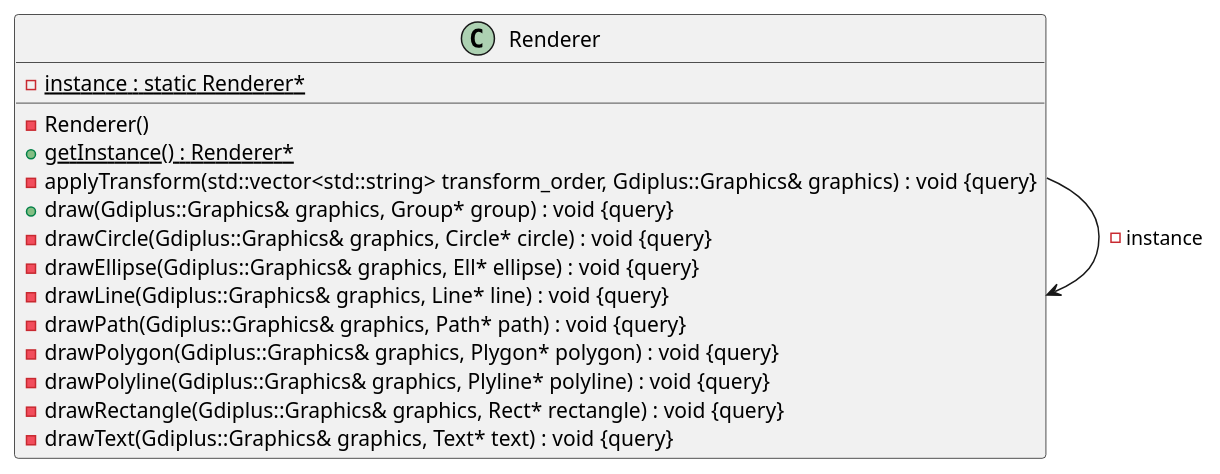
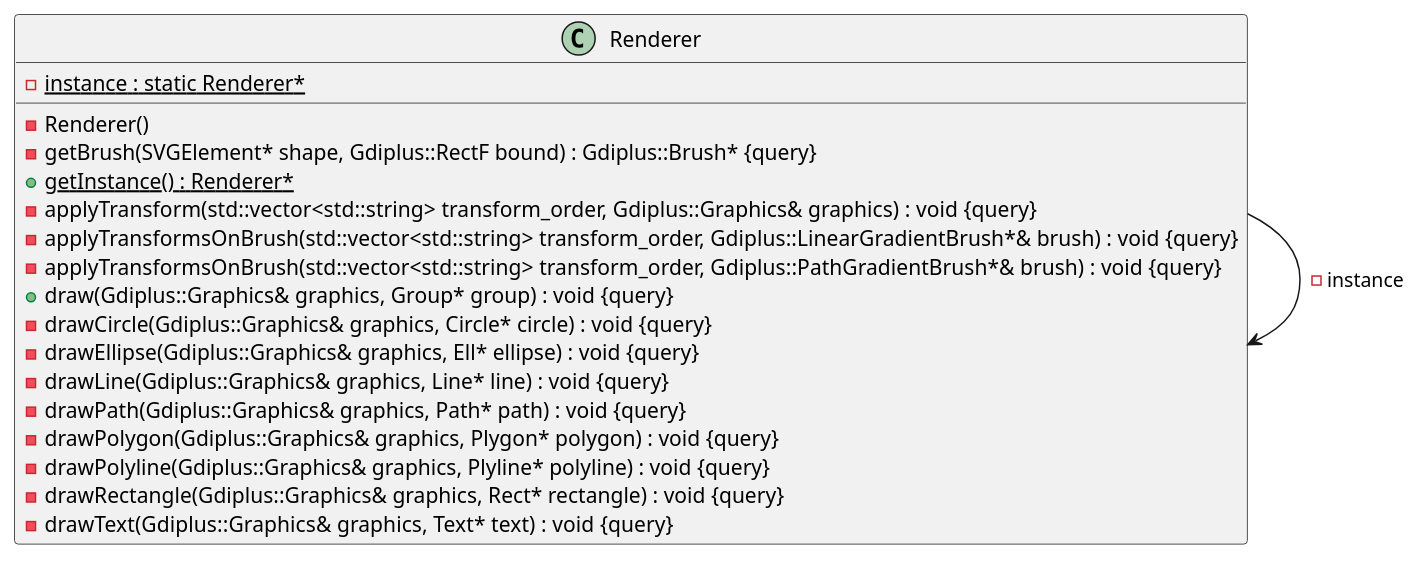
Before and after one commit to ntkwan/csc10003-svg-reader: the diagram in diagrams/Renderer.puml, drawn with PlantUML. The commit also changed 16 other files, not shown here.

First line of the commit message:
Update class diagrams

```diff
--- a/diagrams/Renderer.puml
+++ b/diagrams/Renderer.puml
@@ -1,47 +1,50 @@
 @startuml
 
 
 
 
 
 /' Objects '/
 
 class Renderer {
 	-Renderer()
+	-getBrush(SVGElement* shape, Gdiplus::RectF bound) : Gdiplus::Brush* {query}
 	+{static} getInstance() : Renderer*
 	-{static} instance : static Renderer*
 	-applyTransform(std::vector<std::string> transform_order, Gdiplus::Graphics& graphics) : void {query}
+	-applyTransformsOnBrush(std::vector<std::string> transform_order, Gdiplus::LinearGradientBrush*& brush) : void {query}
+	-applyTransformsOnBrush(std::vector<std::string> transform_order, Gdiplus::PathGradientBrush*& brush) : void {query}
 	+draw(Gdiplus::Graphics& graphics, Group* group) : void {query}
 	-drawCircle(Gdiplus::Graphics& graphics, Circle* circle) : void {query}
 	-drawEllipse(Gdiplus::Graphics& graphics, Ell* ellipse) : void {query}
 	-drawLine(Gdiplus::Graphics& graphics, Line* line) : void {query}
 	-drawPath(Gdiplus::Graphics& graphics, Path* path) : void {query}
 	-drawPolygon(Gdiplus::Graphics& graphics, Plygon* polygon) : void {query}
 	-drawPolyline(Gdiplus::Graphics& graphics, Plyline* polyline) : void {query}
 	-drawRectangle(Gdiplus::Graphics& graphics, Rect* rectangle) : void {query}
 	-drawText(Gdiplus::Graphics& graphics, Text* text) : void {query}
 }
 
 
 
 
 
 /' Inheritance relationships '/
 
 
 
 
 /' Aggregation relationships '/
 
 .Renderer --> .Renderer : -instance
 
 
 
 
 
 
 /' Nested objects '/
 
 
 
 @enduml
```
